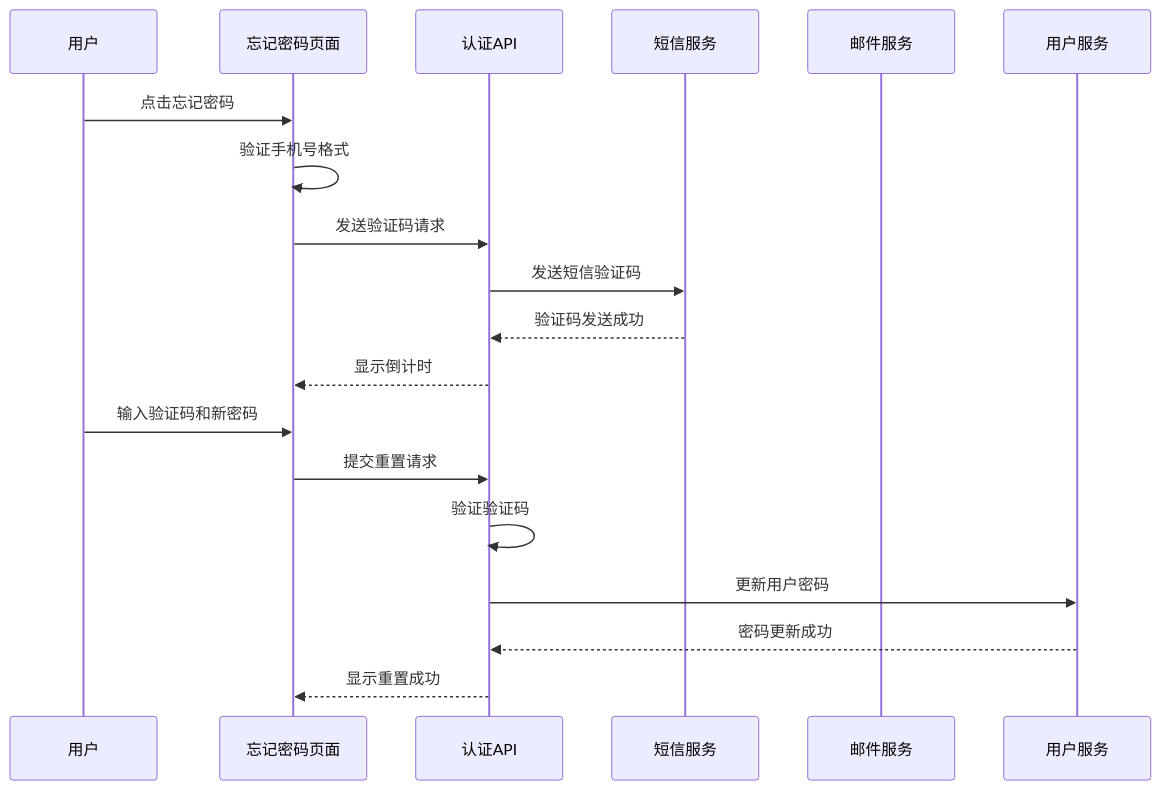
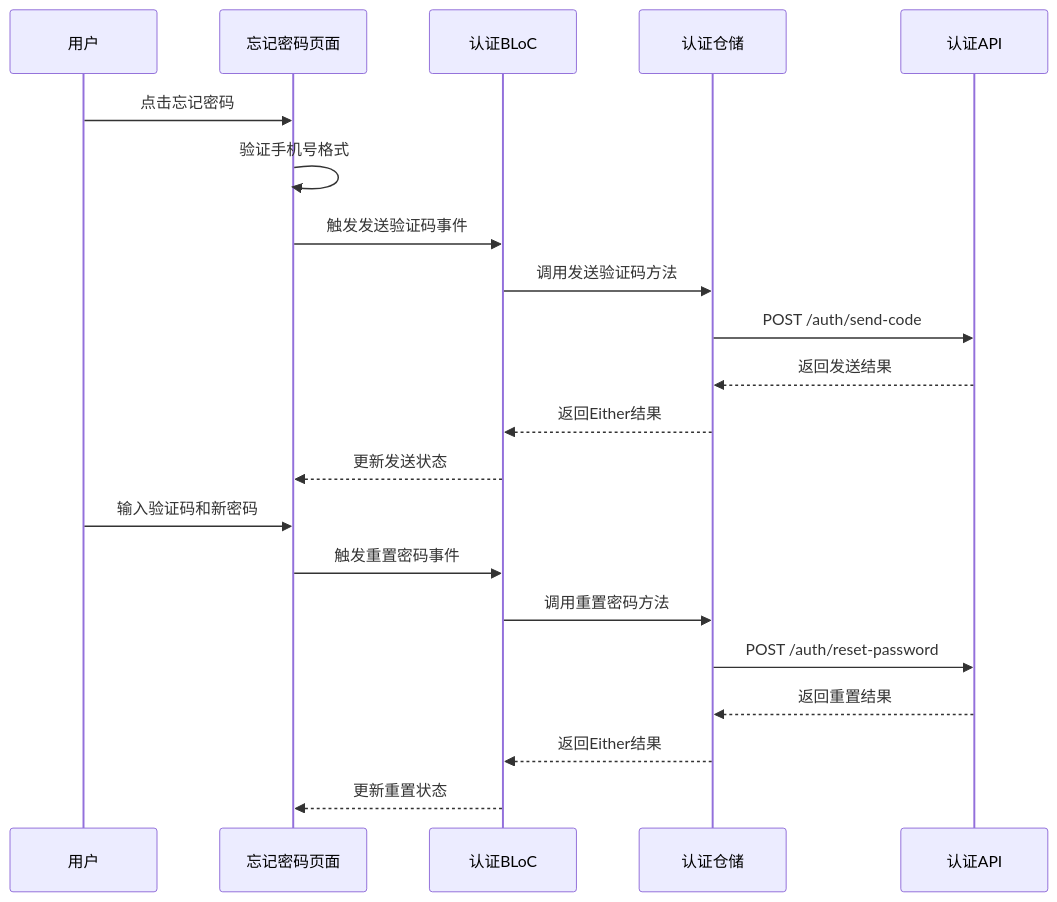
Before and after one commit to mcmrzy/cs_inv_monitor-develop: the eighth of 14 diagrams in .qoder/repowiki/zh/content/移动端应用/用户认证模块.md, drawn with Mermaid. The commit also changed other lines of this file and 128 other files, not shown here.

````diff
--- a/.qoder/repowiki/zh/content/移动端应用/用户认证模块.md
+++ b/.qoder/repowiki/zh/content/移动端应用/用户认证模块.md
@@ -296,21 +322,23 @@
 ```mermaid
 sequenceDiagram
 participant User as 用户
 participant ForgotPage as 忘记密码页面
+participant AuthBloc as 认证BLoC
+participant AuthRepository as 认证仓储
 participant AuthAPI as 认证API
-participant SMSService as 短信服务
-participant EmailService as 邮件服务
-participant UserService as 用户服务
 User->>ForgotPage : 点击忘记密码
 ForgotPage->>ForgotPage : 验证手机号格式
-ForgotPage->>AuthAPI : 发送验证码请求
-AuthAPI->>SMSService : 发送短信验证码
-SMSService-->>AuthAPI : 验证码发送成功
-AuthAPI-->>ForgotPage : 显示倒计时
+ForgotPage->>AuthBloc : 触发发送验证码事件
+AuthBloc->>AuthRepository : 调用发送验证码方法
+AuthRepository->>AuthAPI : POST /auth/send-code
+AuthAPI-->>AuthRepository : 返回发送结果
+AuthRepository-->>AuthBloc : 返回Either结果
+AuthBloc-->>ForgotPage : 更新发送状态
 User->>ForgotPage : 输入验证码和新密码
-ForgotPage->>AuthAPI : 提交重置请求
-AuthAPI->>AuthAPI : 验证验证码
-AuthAPI->>UserService : 更新用户密码
-UserService-->>AuthAPI : 密码更新成功
-AuthAPI-->>ForgotPage : 显示重置成功
+ForgotPage->>AuthBloc : 触发重置密码事件
+AuthBloc->>AuthRepository : 调用重置密码方法
+AuthRepository->>AuthAPI : POST /auth/reset-password
+AuthAPI-->>AuthRepository : 返回重置结果
+AuthRepository-->>AuthBloc : 返回Either结果
+AuthBloc-->>ForgotPage : 更新重置状态
 ```
````
